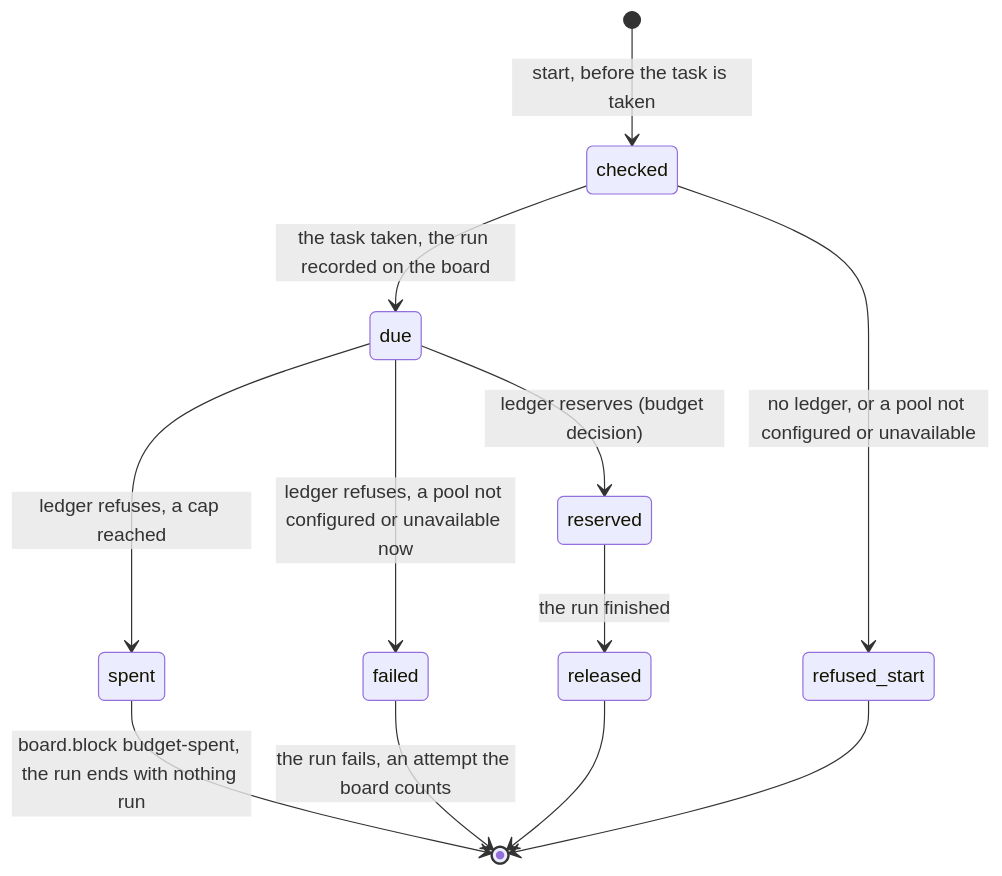
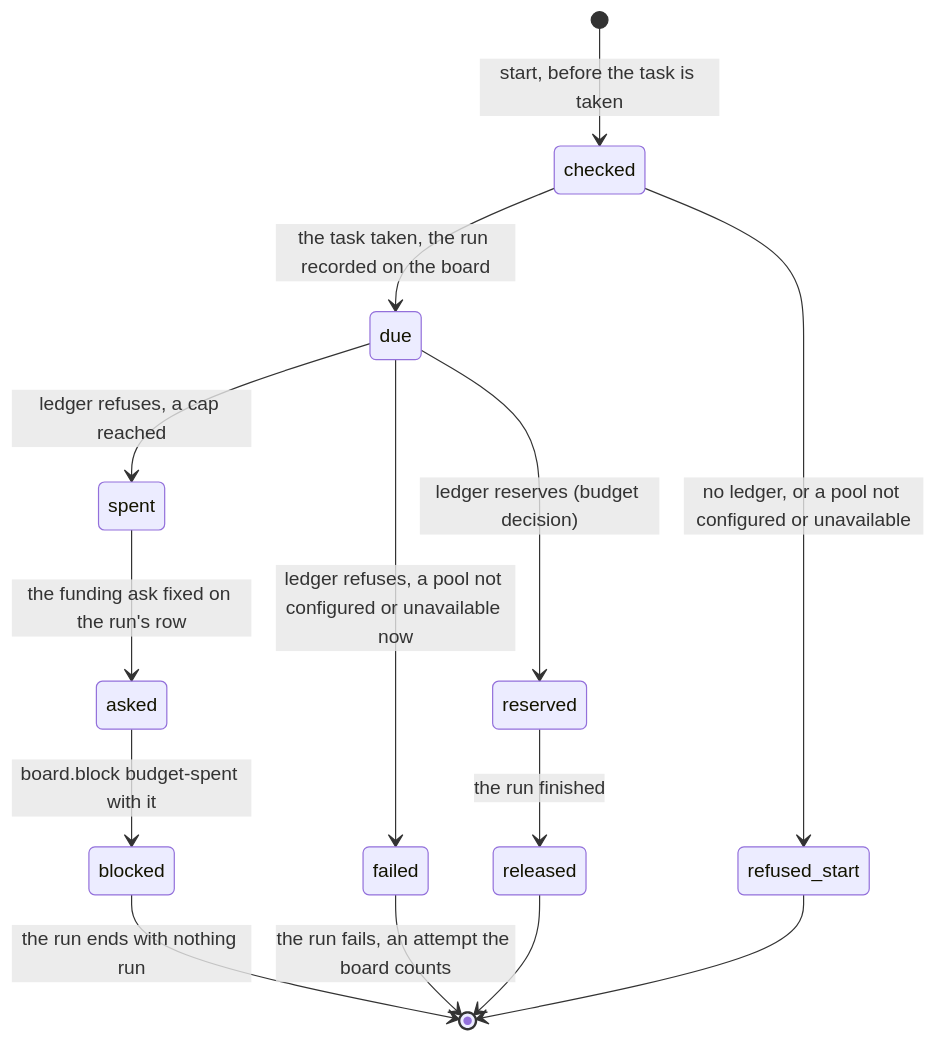
Before and after one commit to tsuuanmi/system: the sixth of 7 diagrams in docs/design/workflow-engine.md, drawn with Mermaid. The commit also changed other lines of this file and 5 other files, not shown here.

First line of the commit message:
workflow: a spent task's run asks for the funding its next attempt needs, from the ledger's count

````diff
--- a/docs/design/workflow-engine.md
+++ b/docs/design/workflow-engine.md
@@ -538,14 +538,16 @@
 ```mermaid
 stateDiagram-v2
   [*] --> checked: start, before the task is taken
   checked --> refused_start: no ledger, or a pool not configured or unavailable
   checked --> due: the task taken, the run recorded on the board
   due --> reserved: ledger reserves (budget decision)
   due --> spent: ledger refuses, a cap reached
   due --> failed: ledger refuses, a pool not configured or unavailable now
   reserved --> released: the run finished
-  spent --> [*]: board.block budget-spent, the run ends with nothing run
+  spent --> asked: the funding ask fixed on the run's row
+  asked --> blocked: board.block budget-spent with it
+  blocked --> [*]: the run ends with nothing run
   failed --> [*]: the run fails, an attempt the board counts
   released --> [*]
   refused_start --> [*]
 ```
````
